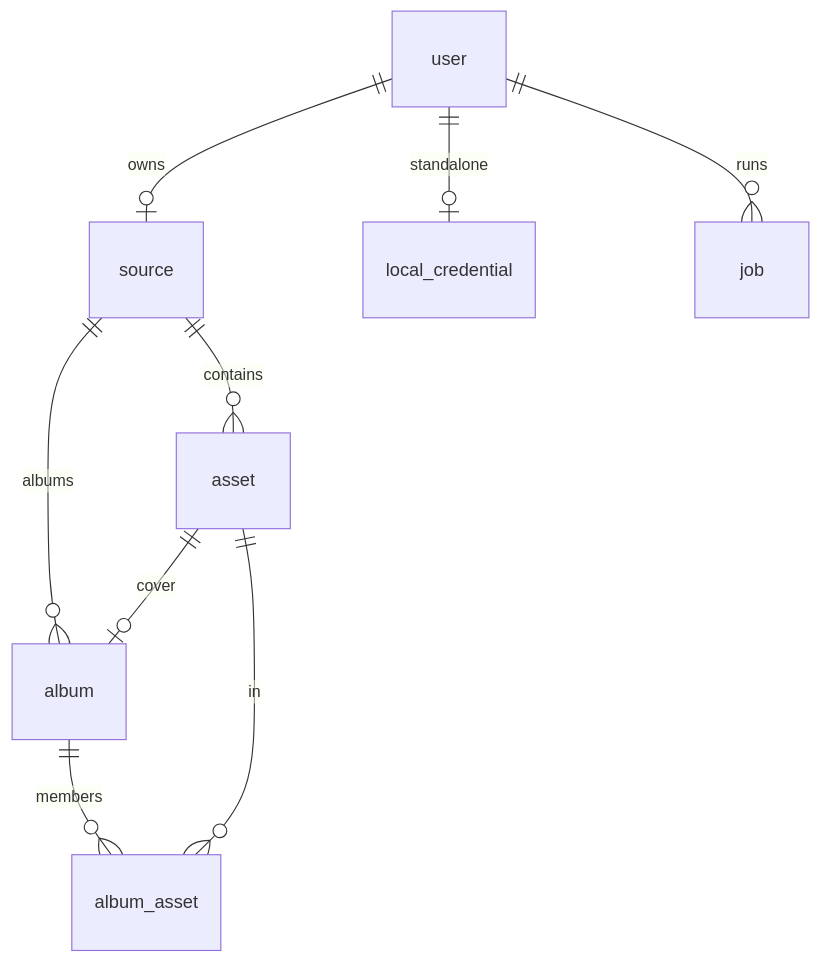
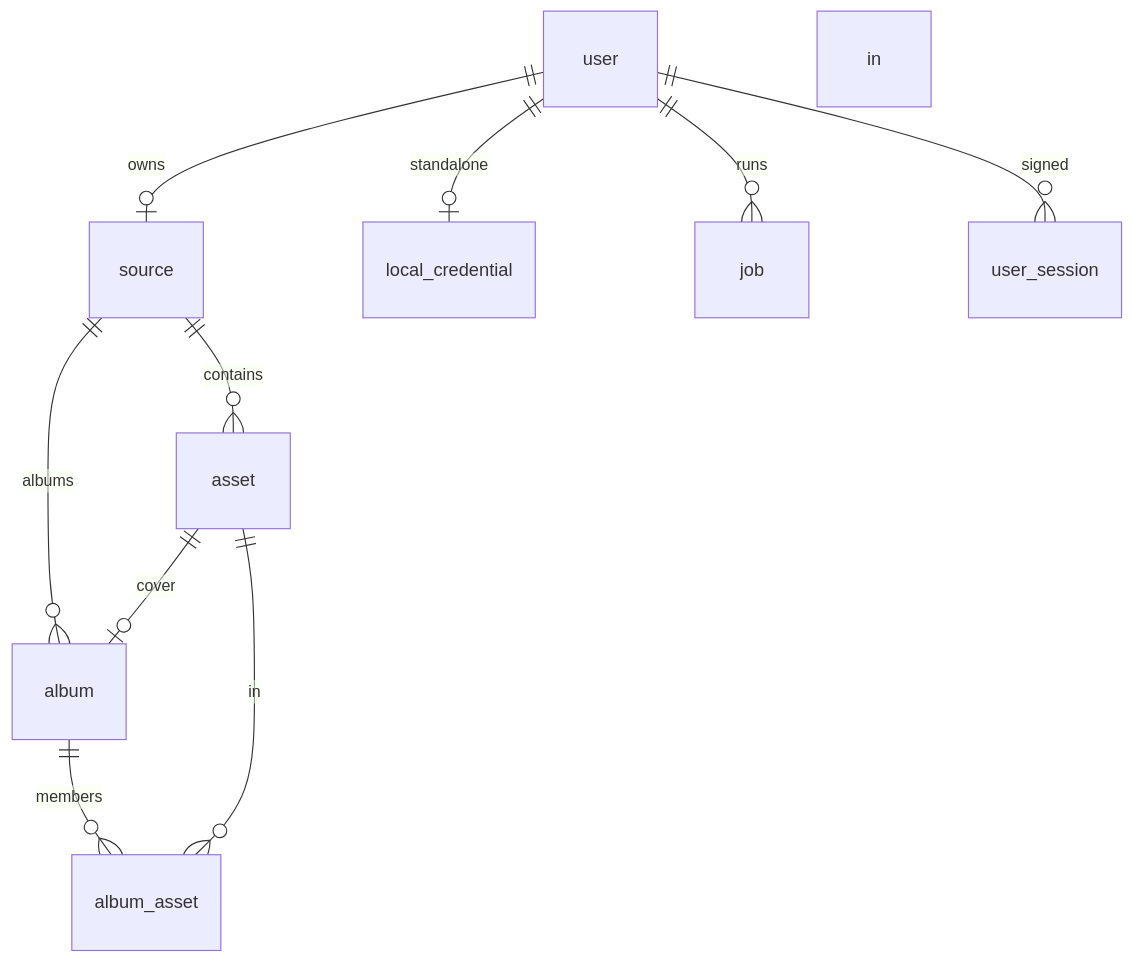
One commit to yun-innovation/mosaicWave changed the diagram in doc/schema.md. Above: the diagram before and after it, drawn with Mermaid. The commit also changed other lines of this file and 32 other files, not shown here.

````diff
--- a/doc/schema.md
+++ b/doc/schema.md
@@ -83,11 +83,12 @@
 ```mermaid
 erDiagram
   user ||--o| source : owns
   source ||--o{ asset : contains
   source ||--o{ album : albums
   user ||--o| local_credential : standalone
   user ||--o{ job : runs
+  user ||--o{ user_session : signed in
   album ||--o{ album_asset : members
   asset ||--o{ album_asset : in
   asset ||--o| album : cover
 ```
````
